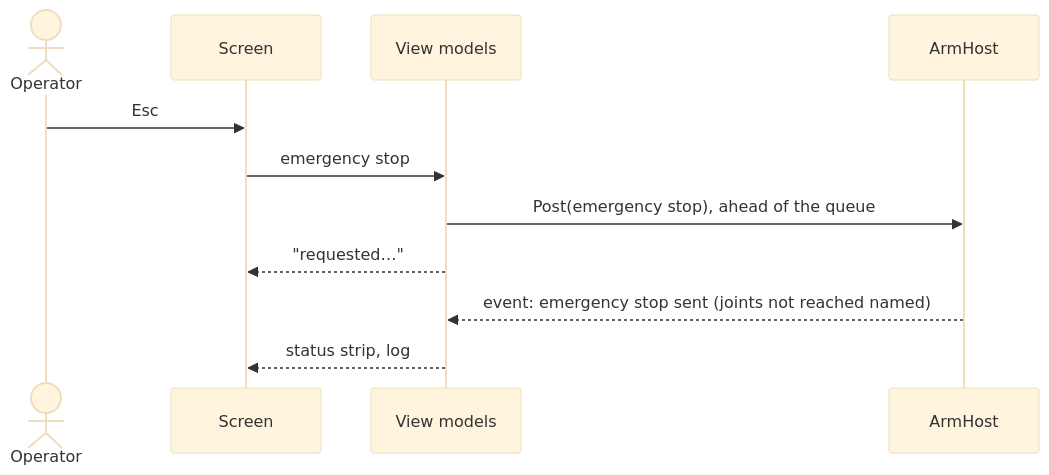
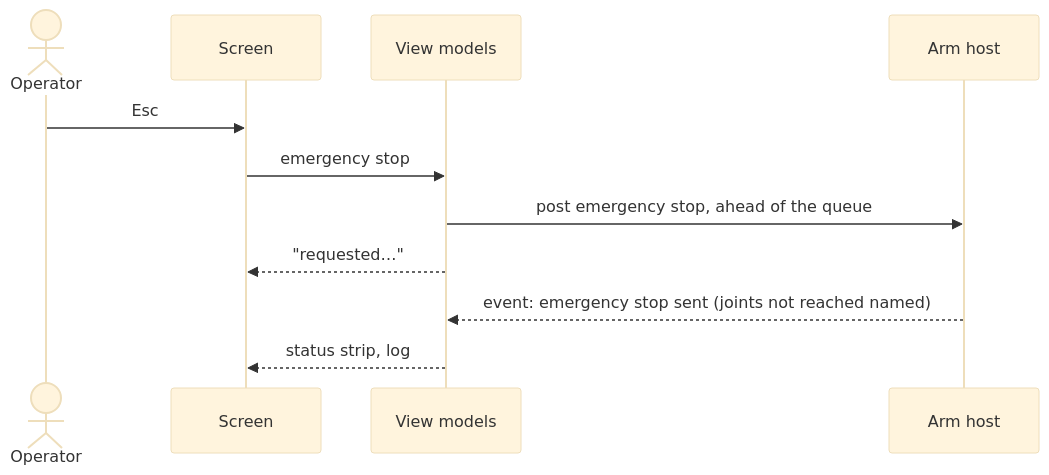
The diagram in documentation/design/tool-simulator.md (embedded-pro/e-robot-arm), drawn with Mermaid (base theme) before and after one commit. The commit also changed other lines of this file and 13 other files, not shown here.

````diff
--- a/documentation/design/tool-simulator.md
+++ b/documentation/design/tool-simulator.md
@@ -886,13 +920,13 @@
 ```mermaid
 sequenceDiagram
     actor O as Operator
     participant S as Screen
     participant V as View models
-    participant H as ArmHost
+    participant H as Arm host
     O->>S: Esc
     S->>V: emergency stop
-    V->>H: Post(emergency stop), ahead of the queue
+    V->>H: post emergency stop, ahead of the queue
     V-->>S: "requested…"
     H-->>V: event: emergency stop sent (joints not reached named)
     V-->>S: status strip, log
 ```
````
